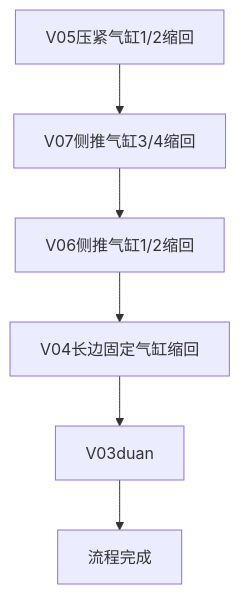
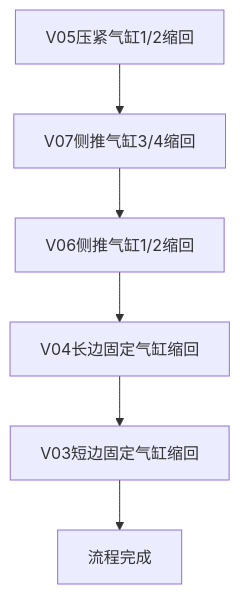
The diagram in all/OP10气缸打开流程.md (PengKun1/iodraw-files), drawn with Mermaid before and after one commit.

Commit message:
2024-08-05 16:39:23 update

````diff
--- a/all/OP10气缸打开流程.md
+++ b/all/OP10气缸打开流程.md
@@ -1,9 +1,9 @@
 ```mermaid
 graph TD
 10[V05压紧气缸1/2缩回]-->20
 20[V07侧推气缸3/4缩回]-->30
 30[V06侧推气缸1/2缩回]-->40
 40[V04长边固定气缸缩回]-->50
-50[V03duan]-->60
+50[V03短边固定气缸缩回]-->60
 60[流程完成]
 ```
````
